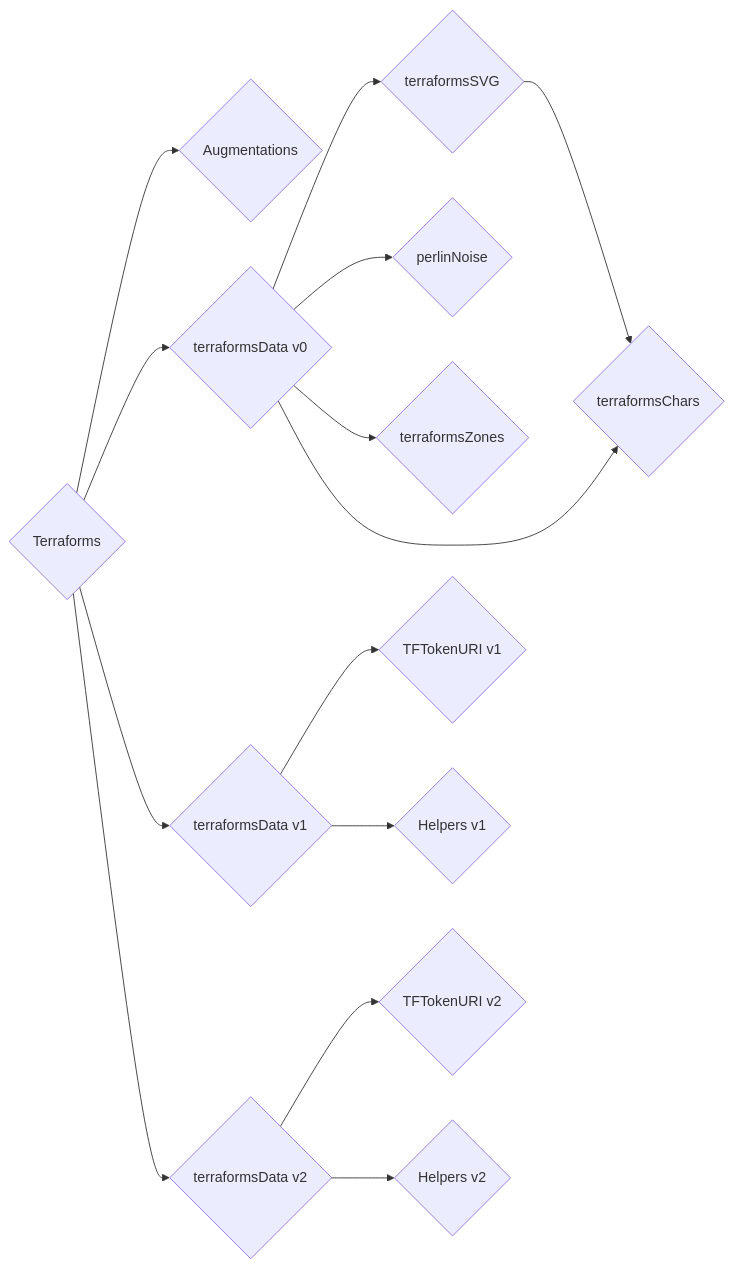
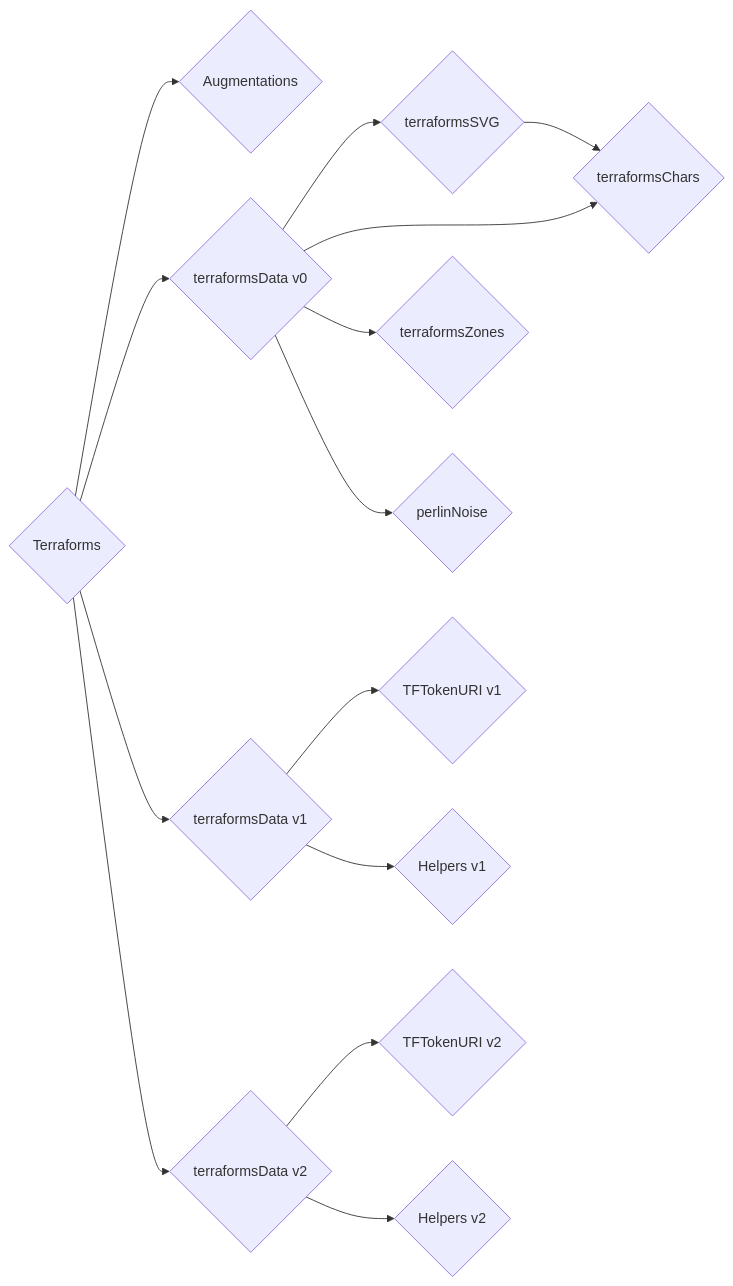
One commit to thebadcc/terraform-docs changed the first of 2 diagrams in contracts/Terraforms.md. Above: the diagram before and after it, drawn with Mermaid.

````diff
--- a/contracts/Terraforms.md
+++ b/contracts/Terraforms.md
@@ -22,16 +22,16 @@
 ```mermaid
 graph LR
     A{Terraforms} --> B{Augmentations}
     A --> C{terraformsData v0}
     A --> D{terraformsData v1}
     A --> E{terraformsData v2}
     C --> F{terraformsSVG}
-    C --> G{perlinNoise}
+    C --> G{terraformsChars}
     C --> H{terraformsZones}
-    C --> I{terraformsChars}
+    C --> I{perlinNoise}
     D --> J{TFTokenURI v1}
     D --> K{Helpers v1}
     E --> L{TFTokenURI v2}
     E --> M{Helpers v2}
-    F --> I
+    F --> G
 ```
````
